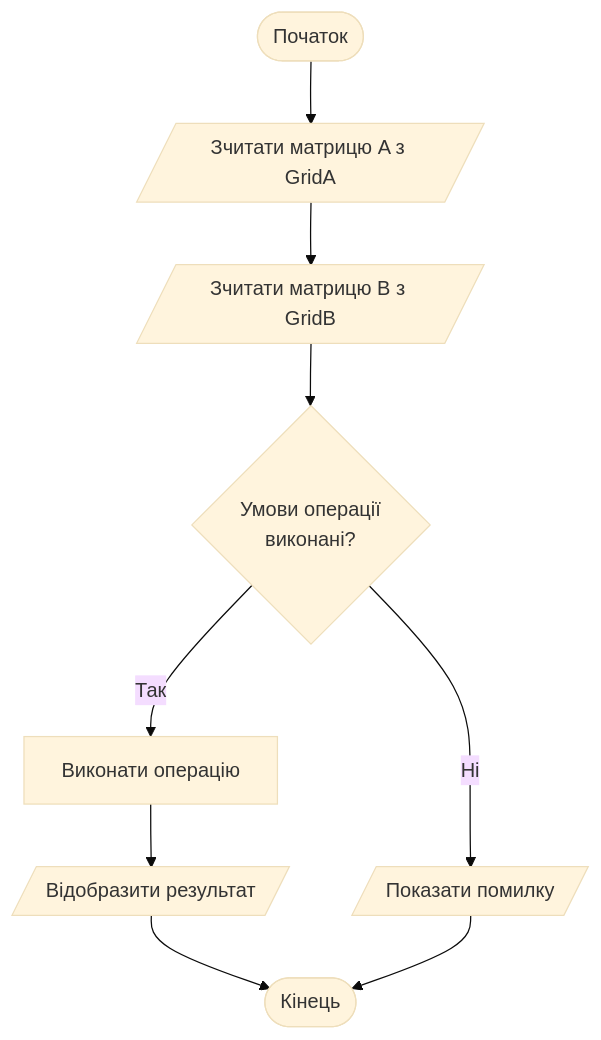
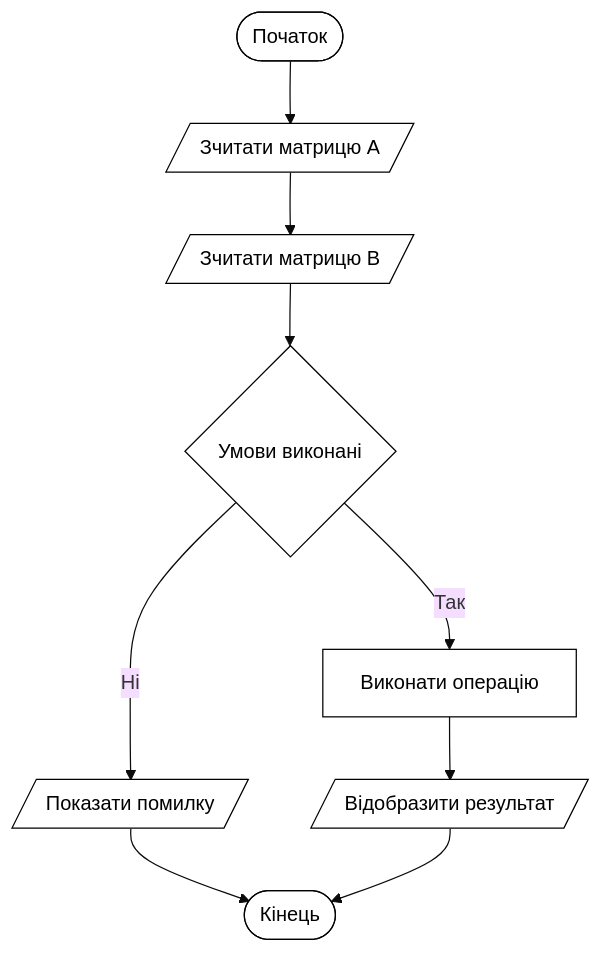
The first of 2 diagrams in README.md (nata0008/Matrix_Calculator), drawn with Mermaid (base theme) before and after one commit. The commit also changed other lines of this file, not shown here.

````diff
--- a/README.md
+++ b/README.md
@@ -56,11 +55,23 @@
 ```mermaid
 flowchart TD
-    A([Початок]) --> B[/Зчитати матрицю A з GridA/]
-    B --> C[/Зчитати матрицю B з GridB/]
-    C --> D{Умови операції\nвиконані?}
-    D -- Так --> E[Виконати операцію]
-    E --> F[/Відобразити результат/]
-    F --> G([Кінець])
-    D -- Ні --> H[/Показати помилку/]
-    H --> G
+    A([Початок]) --> B[/Зчитати матрицю A/]
+    B --> C[/Зчитати матрицю B/]
+    C --> D{Умови виконані}
+
+    D -- Ні --> E[/Показати помилку/]
+    E --> F([Кінець])
+
+    D -- Так --> G[Виконати операцію]
+    G --> H[/Відобразити результат/]
+    H --> F
+
+    %% стиль (чорно-білий)
+    style A fill:#fff,stroke:#000,color:#000
+    style B fill:#fff,stroke:#000,color:#000
+    style C fill:#fff,stroke:#000,color:#000
+    style D fill:#fff,stroke:#000,color:#000
+    style E fill:#fff,stroke:#000,color:#000
+    style F fill:#fff,stroke:#000,color:#000
+    style G fill:#fff,stroke:#000,color:#000
+    style H fill:#fff,stroke:#000,color:#000
 ```
````
